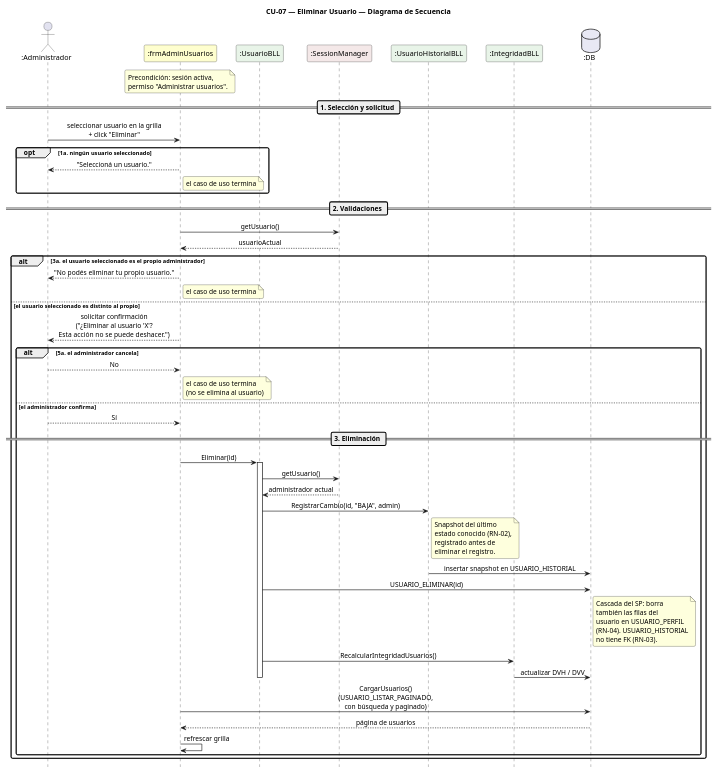
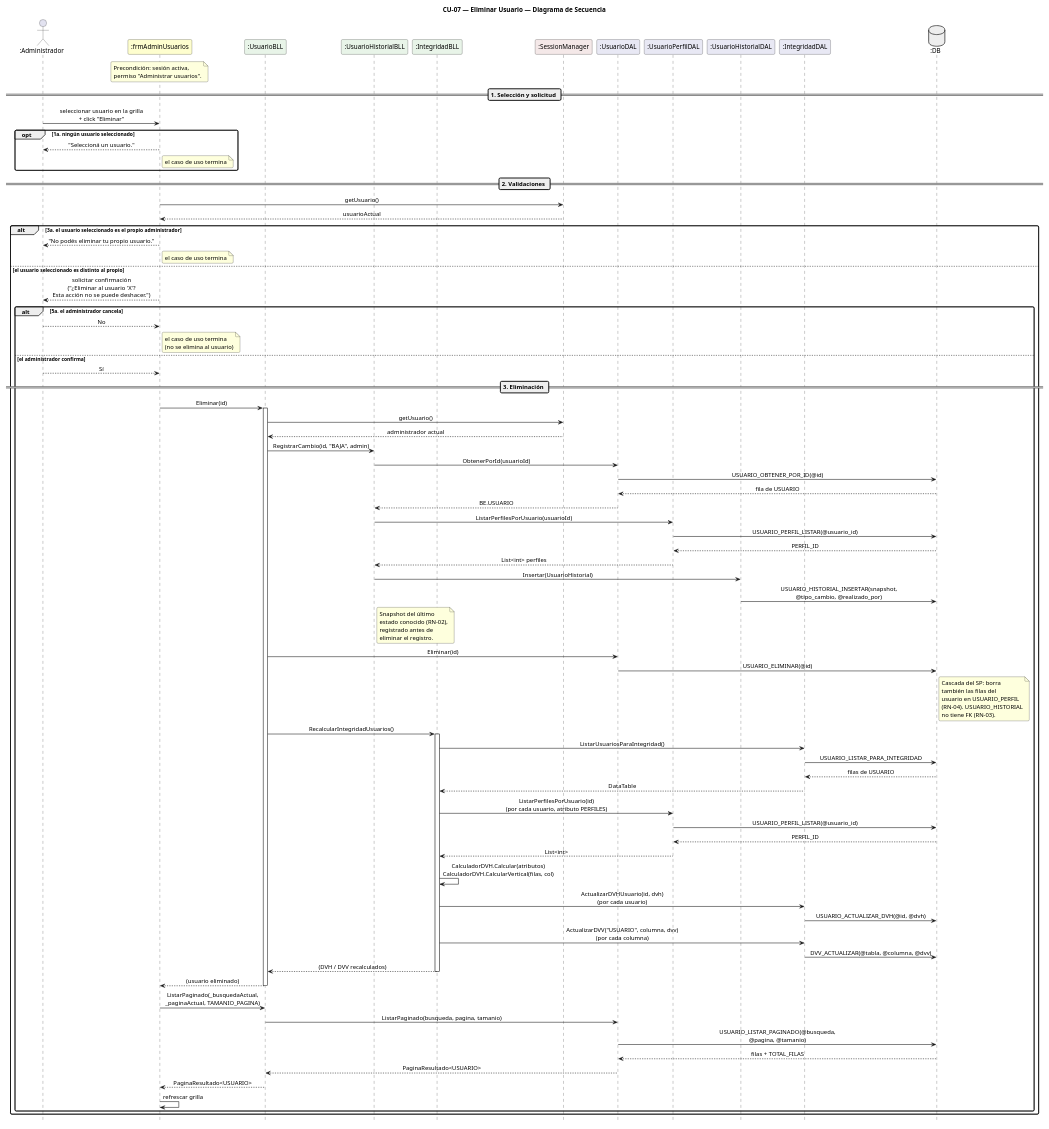
Before and after one commit to Jesifu/club-de-vinos-td: the diagram in DIAGRAMAS/DiagramaSecuencia_CU07_EliminarUsuario.puml, drawn with PlantUML. The commit also changed 39 other files, not shown here.

First line of the commit message:
docs: add DAL layer and real call chain to CU-01..CU-20 sequence diagrams

```diff
--- a/DIAGRAMAS/DiagramaSecuencia_CU07_EliminarUsuario.puml
+++ b/DIAGRAMAS/DiagramaSecuencia_CU07_EliminarUsuario.puml
@@ -1,102 +1,126 @@
 @startuml DiagramaSecuencia_CU07_EliminarUsuario
 
 title CU-07 — Eliminar Usuario — Diagrama de Secuencia
 
 skinparam shadowing false
 skinparam roundcorner 6
 skinparam sequenceArrowThickness 1.2
-skinparam ParticipantPadding 14
 skinparam sequenceMessageAlign center
 hide footbox
-scale 0.85
+scale 0.75
 
 ' ─────────────────────────────────────────
 ' Participantes en orden de aparición
 ' ─────────────────────────────────────────
 actor       ":Administrador"       as A
 participant ":frmAdminUsuarios"    as FA #FEFECE
 participant ":UsuarioBLL"          as UB #E8F4E8
-participant ":SessionManager"      as SM #F4E8E8
 participant ":UsuarioHistorialBLL" as UH #E8F4E8
 participant ":IntegridadBLL"       as IB #E8F4E8
-database    ":DB"                  as DB #E8E8F4
+participant ":SessionManager"      as SM #F4E8E8
+participant ":UsuarioDAL"          as UD #E8E8F4
+participant ":UsuarioPerfilDAL"    as UPD #E8E8F4
+participant ":UsuarioHistorialDAL" as UHD #E8E8F4
+participant ":IntegridadDAL"       as IND #E8E8F4
+database    ":DB"                  as DB #EEEEEE
 
 note over FA
   Precondición: sesión activa,
   permiso "Administrar usuarios".
 end note
 
-' ─────────────────────────────────────────
-' SELECCIÓN Y SOLICITUD
-' ─────────────────────────────────────────
 == 1. Selección y solicitud ==
 
 A -> FA : seleccionar usuario en la grilla\n+ click "Eliminar"
 
 opt 1a. ningún usuario seleccionado
   FA --> A : "Seleccioná un usuario."
   note right of FA : el caso de uso termina
 end
 
-' ─────────────────────────────────────────
-' VALIDACIONES
-' ─────────────────────────────────────────
 == 2. Validaciones ==
 
 FA -> SM : getUsuario()
 SM --> FA : usuarioActual
 
 alt 3a. el usuario seleccionado es el propio administrador
   FA --> A : "No podés eliminar tu propio usuario."
   note right of FA : el caso de uso termina
 
 else el usuario seleccionado es distinto al propio
   FA --> A : solicitar confirmación\n("¿Eliminar al usuario 'X'?\nEsta acción no se puede deshacer.")
 
   alt 5a. el administrador cancela
     A --> FA : No
     note right of FA : el caso de uso termina\n(no se elimina al usuario)
 
   else el administrador confirma
     A --> FA : Sí
 
-    ' ─────────────────────────────────────────
-    ' ELIMINACIÓN
-    ' ─────────────────────────────────────────
     == 3. Eliminación ==
 
     FA -> UB : Eliminar(id)
     activate UB
 
     UB -> SM : getUsuario()
     SM --> UB : administrador actual
 
     UB -> UH : RegistrarCambio(id, "BAJA", admin)
+    UH -> UD : ObtenerPorId(usuarioId)
+    UD -> DB : USUARIO_OBTENER_POR_ID(@id)
+    DB --> UD : fila de USUARIO
+    UD --> UH : BE.USUARIO
+    UH -> UPD : ListarPerfilesPorUsuario(usuarioId)
+    UPD -> DB : USUARIO_PERFIL_LISTAR(@usuario_id)
+    DB --> UPD : PERFIL_ID
+    UPD --> UH : List<int> perfiles
+    UH -> UHD : Insertar(UsuarioHistorial)
+    UHD -> DB : USUARIO_HISTORIAL_INSERTAR(snapshot,\n@tipo_cambio, @realizado_por)
     note right of UH
       Snapshot del último
       estado conocido (RN-02),
       registrado antes de
       eliminar el registro.
     end note
-    UH -> DB : insertar snapshot en USUARIO_HISTORIAL
 
-    UB -> DB : USUARIO_ELIMINAR(id)
+    UB -> UD : Eliminar(id)
+    UD -> DB : USUARIO_ELIMINAR(@id)
     note right of DB
       Cascada del SP: borra
       también las filas del
       usuario en USUARIO_PERFIL
       (RN-04). USUARIO_HISTORIAL
       no tiene FK (RN-03).
     end note
 
     UB -> IB : RecalcularIntegridadUsuarios()
-    IB -> DB : actualizar DVH / DVV
+    activate IB
+    IB -> IND : ListarUsuariosParaIntegridad()
+    IND -> DB : USUARIO_LISTAR_PARA_INTEGRIDAD
+    DB --> IND : filas de USUARIO
+    IND --> IB : DataTable
+    IB -> UPD : ListarPerfilesPorUsuario(id)\n(por cada usuario, atributo PERFILES)
+    UPD -> DB : USUARIO_PERFIL_LISTAR(@usuario_id)
+    DB --> UPD : PERFIL_ID
+    UPD --> IB : List<int>
+    IB -> IB : CalculadorDVH.Calcular(atributos)\nCalculadorDVH.CalcularVertical(filas, col)
+    IB -> IND : ActualizarDVHUsuario(id, dvh)\n(por cada usuario)
+    IND -> DB : USUARIO_ACTUALIZAR_DVH(@id, @dvh)
+    IB -> IND : ActualizarDVV("USUARIO", columna, dvv)\n(por cada columna)
+    IND -> DB : DVV_ACTUALIZAR(@tabla, @columna, @dvv)
+    IB --> UB : (DVH / DVV recalculados)
+    deactivate IB
+    UB --> FA : (usuario eliminado)
     deactivate UB
 
-    FA -> DB : CargarUsuarios()\n(USUARIO_LISTAR_PAGINADO,\ncon búsqueda y paginado)
-    DB --> FA : página de usuarios
+    FA -> UB : ListarPaginado(_busquedaActual,\n_paginaActual, TAMANIO_PAGINA)
+    UB -> UD : ListarPaginado(busqueda, pagina, tamanio)
+    UD -> DB : USUARIO_LISTAR_PAGINADO(@busqueda,\n@pagina, @tamanio)
+    DB --> UD : filas + TOTAL_FILAS
+    UD --> UB : PaginaResultado<USUARIO>
+    UB --> FA : PaginaResultado<USUARIO>
     FA -> FA : refrescar grilla
   end
 end
 
 @enduml
```
